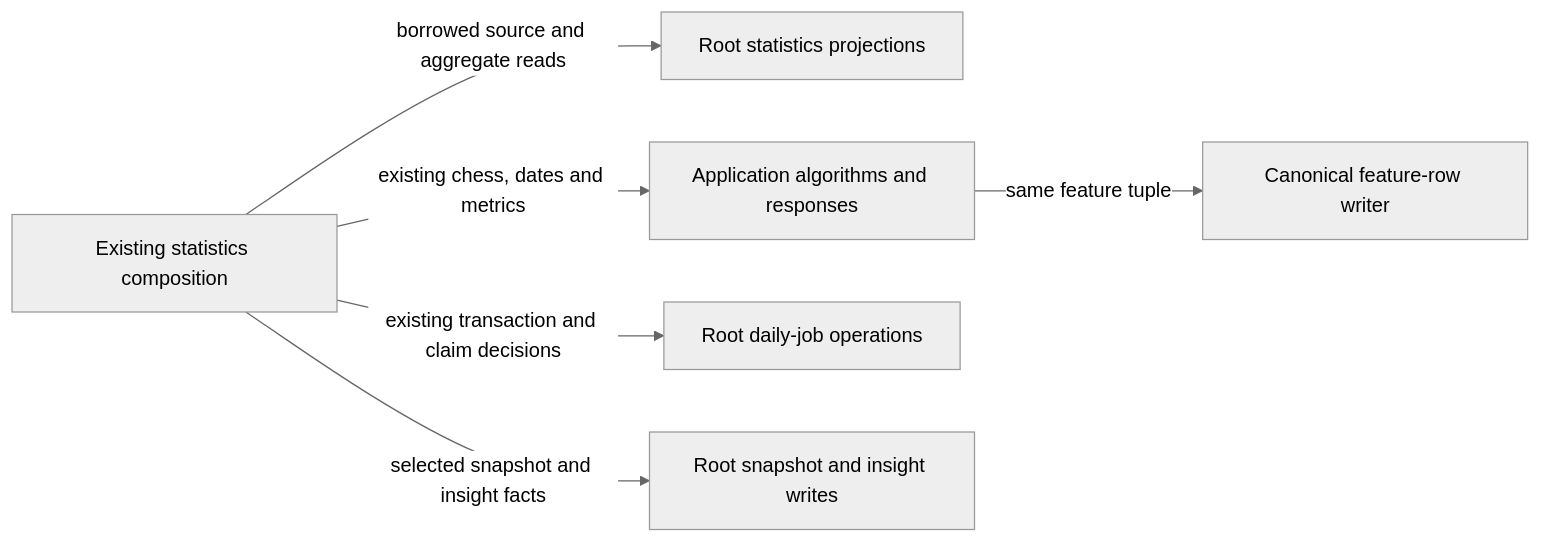
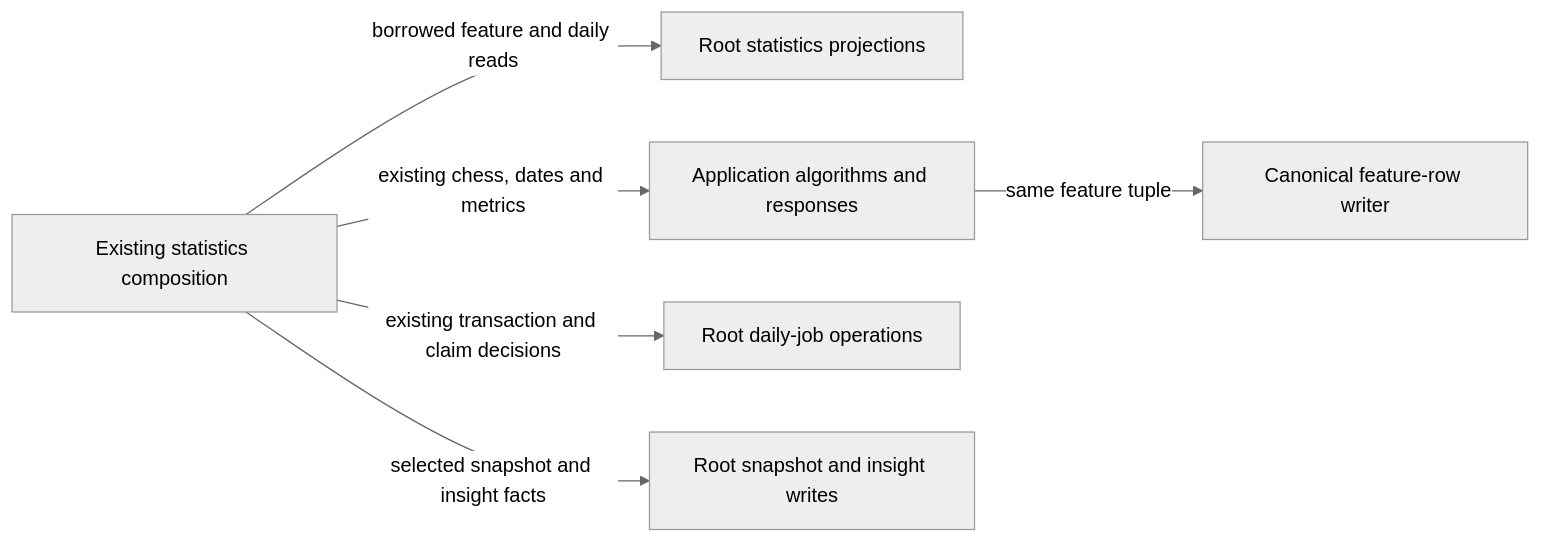
One commit to aaweaver-actuary/tempo changed the diagram in database/tempo_legacy_database/adapters/statistics/README.md. Above: the diagram before and after it, drawn with Mermaid (neutral theme). The commit also changed other lines of this file and 56 other files, not shown here.

````diff
--- a/database/tempo_legacy_database/adapters/statistics/README.md
+++ b/database/tempo_legacy_database/adapters/statistics/README.md
@@ -5,8 +5,8 @@
 ```mermaid
 flowchart LR
-  application[Existing statistics composition] -->|borrowed source and aggregate reads| projections[Root statistics projections]
+  application[Existing statistics composition] -->|borrowed feature and daily reads| projections[Root statistics projections]
   application -->|existing chess, dates and metrics| calculations[Application algorithms and responses]
   calculations -->|same feature tuple| feature[Canonical feature-row writer]
   application -->|existing transaction and claim decisions| jobs[Root daily-job operations]
   application -->|selected snapshot and insight facts| publication[Root snapshot and insight writes]
 ```
````
